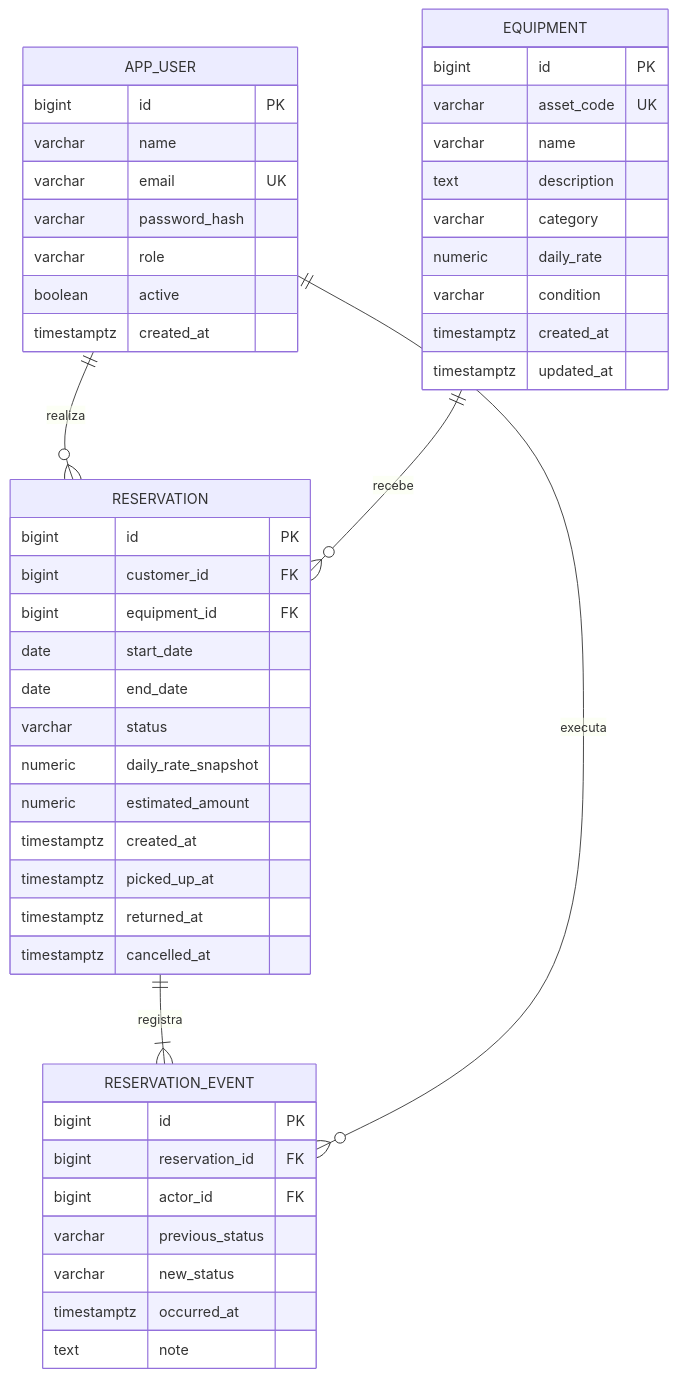
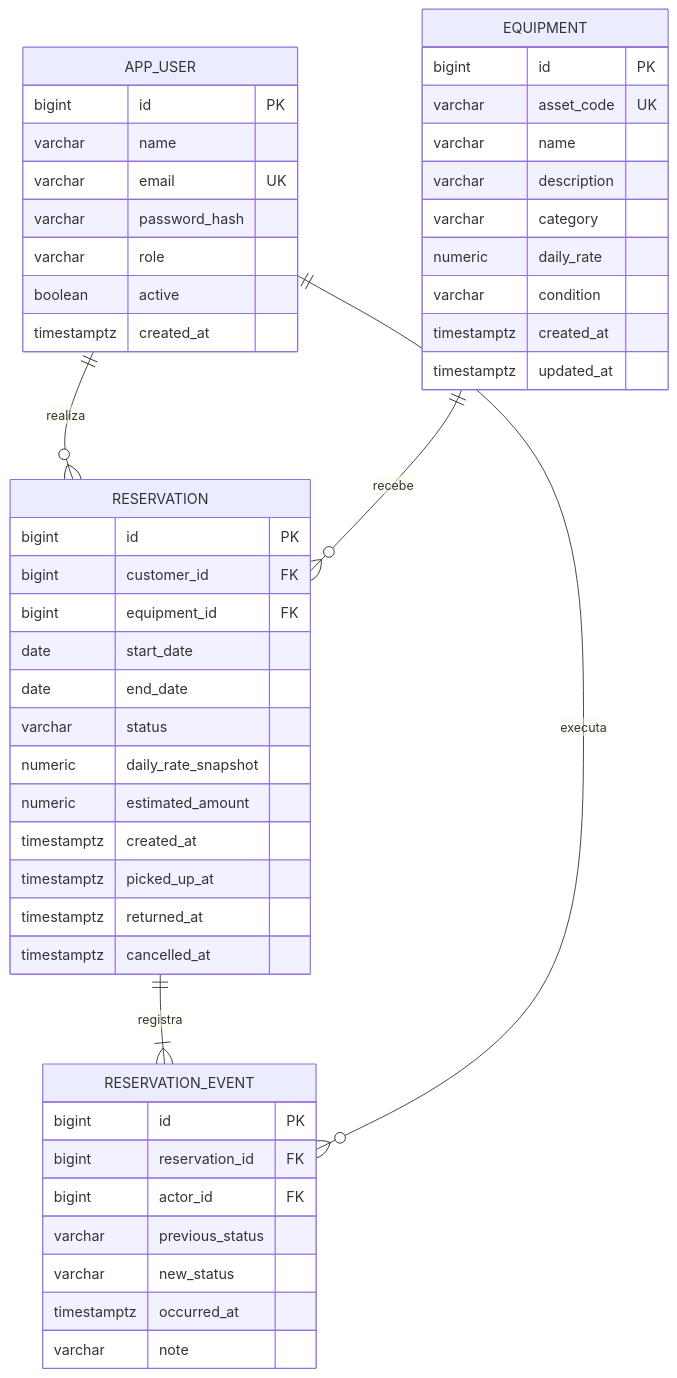
Before and after one commit to cauacaetanofb/equiprent: the first of 2 diagrams in PLANEJAMENTO.md, drawn with Mermaid. The commit also changed other lines of this file and 18 other files, not shown here.

````diff
--- a/PLANEJAMENTO.md
+++ b/PLANEJAMENTO.md
@@ -73,50 +75,50 @@
 ```mermaid
 erDiagram
     APP_USER ||--o{ RESERVATION : realiza
     EQUIPMENT ||--o{ RESERVATION : recebe
     RESERVATION ||--|{ RESERVATION_EVENT : registra
     APP_USER ||--o{ RESERVATION_EVENT : executa
     APP_USER {
         bigint id PK
         varchar name
         varchar email UK
         varchar password_hash
         varchar role
         boolean active
         timestamptz created_at
     }
     EQUIPMENT {
         bigint id PK
         varchar asset_code UK
         varchar name
-        text description
+        varchar description
         varchar category
         numeric daily_rate
         varchar condition
         timestamptz created_at
         timestamptz updated_at
     }
     RESERVATION {
         bigint id PK
         bigint customer_id FK
         bigint equipment_id FK
         date start_date
         date end_date
         varchar status
         numeric daily_rate_snapshot
         numeric estimated_amount
         timestamptz created_at
         timestamptz picked_up_at
         timestamptz returned_at
         timestamptz cancelled_at
     }
     RESERVATION_EVENT {
         bigint id PK
         bigint reservation_id FK
         bigint actor_id FK
         varchar previous_status
         varchar new_status
         timestamptz occurred_at
-        text note
+        varchar note
     }
 ```
````
